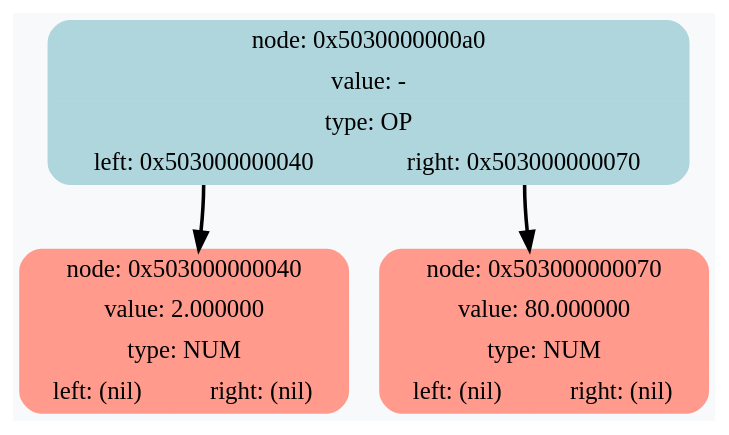
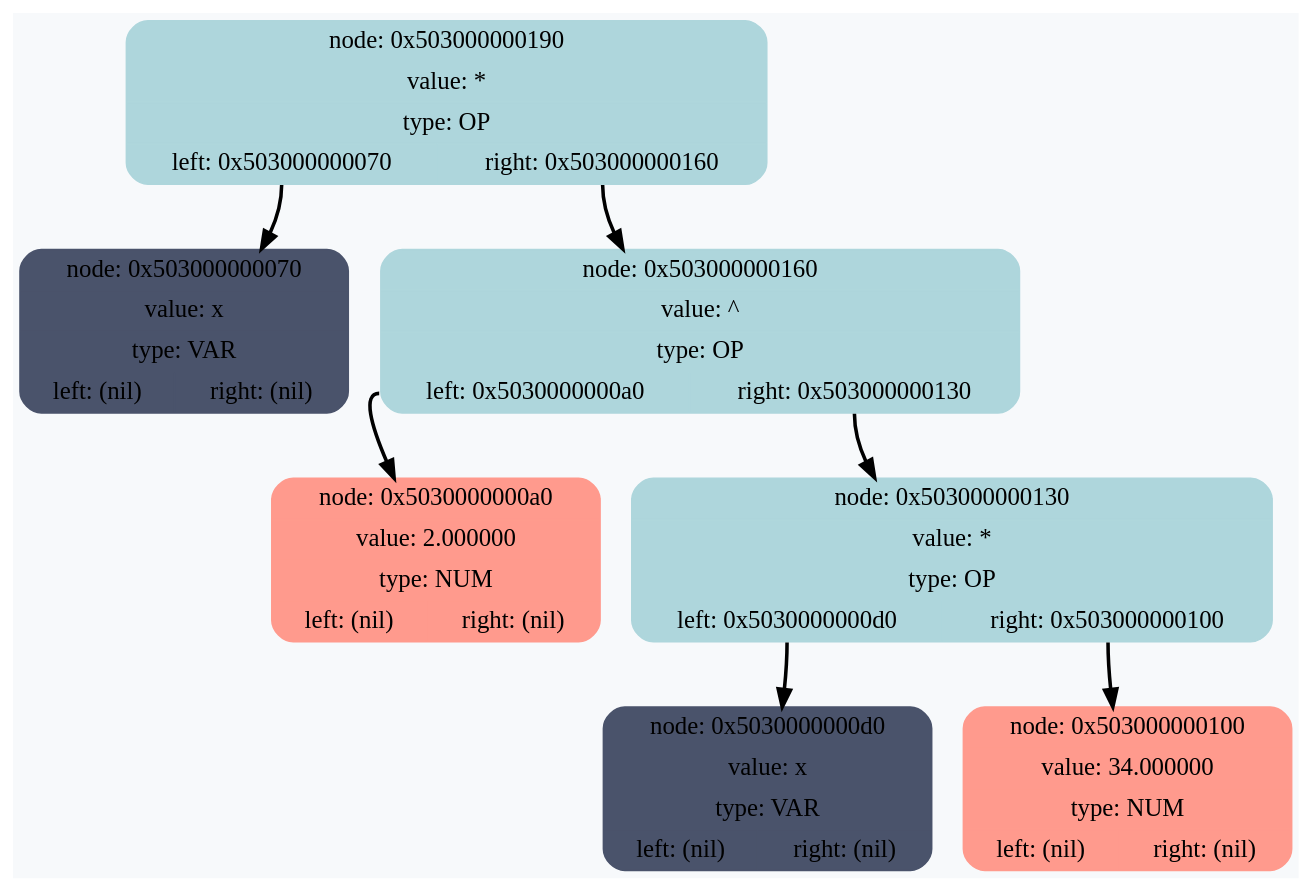
Before and after one commit to RTCupid/Differentiator: the diagram in DiffDump.dot, drawn with Graphviz. The commit also changed 11 other files, not shown here.

```diff
--- a/DiffDump.dot
+++ b/DiffDump.dot
@@ -1,9 +1,17 @@
 digraph G {
 	rankdir = HR;
 	bgcolor="#F7F9FB"
-	 node0x5030000000a0 [shape=Mrecord; style=filled; color="#aed6dc"; label =  "{node: 0x5030000000a0 | value: - | type: OP | {<left>left: 0x503000000040 | <right>right: 0x503000000070}  }" ];
-	 node0x5030000000a0:<left> -> node0x503000000040 [style=bold; weight=1000; ];
-	 node0x5030000000a0:<right> -> node0x503000000070 [style=bold; weight=1000; ];
-	 node0x503000000040 [shape=Mrecord; style=filled; color="#ff9a8d"; label =  "{node: 0x503000000040 | value: 2.000000 | type: NUM | {<left>left: (nil) | <right>right: (nil)}  }" ];
-	 node0x503000000070 [shape=Mrecord; style=filled; color="#ff9a8d"; label =  "{node: 0x503000000070 | value: 80.000000 | type: NUM | {<left>left: (nil) | <right>right: (nil)}  }" ];
+	 node0x503000000190 [shape=Mrecord; style=filled; color="#aed6dc"; label =  "{node: 0x503000000190 | value: * | type: OP | {<left>left: 0x503000000070 | <right>right: 0x503000000160}  }" ];
+	 node0x503000000190:<left> -> node0x503000000070 [style=bold; weight=1000; ];
+	 node0x503000000190:<right> -> node0x503000000160 [style=bold; weight=1000; ];
+	 node0x503000000070 [shape=Mrecord; style=filled; color="#4a536b"; label =  "{node: 0x503000000070 | value: x | type: VAR | {<left>left: (nil) | <right>right: (nil)}  }" ];
+	 node0x503000000160 [shape=Mrecord; style=filled; color="#aed6dc"; label =  "{node: 0x503000000160 | value: ^ | type: OP | {<left>left: 0x5030000000a0 | <right>right: 0x503000000130}  }" ];
+	 node0x503000000160:<left> -> node0x5030000000a0 [style=bold; weight=1000; ];
+	 node0x503000000160:<right> -> node0x503000000130 [style=bold; weight=1000; ];
+	 node0x5030000000a0 [shape=Mrecord; style=filled; color="#ff9a8d"; label =  "{node: 0x5030000000a0 | value: 2.000000 | type: NUM | {<left>left: (nil) | <right>right: (nil)}  }" ];
+	 node0x503000000130 [shape=Mrecord; style=filled; color="#aed6dc"; label =  "{node: 0x503000000130 | value: * | type: OP | {<left>left: 0x5030000000d0 | <right>right: 0x503000000100}  }" ];
+	 node0x503000000130:<left> -> node0x5030000000d0 [style=bold; weight=1000; ];
+	 node0x503000000130:<right> -> node0x503000000100 [style=bold; weight=1000; ];
+	 node0x5030000000d0 [shape=Mrecord; style=filled; color="#4a536b"; label =  "{node: 0x5030000000d0 | value: x | type: VAR | {<left>left: (nil) | <right>right: (nil)}  }" ];
+	 node0x503000000100 [shape=Mrecord; style=filled; color="#ff9a8d"; label =  "{node: 0x503000000100 | value: 34.000000 | type: NUM | {<left>left: (nil) | <right>right: (nil)}  }" ];
 }
```
